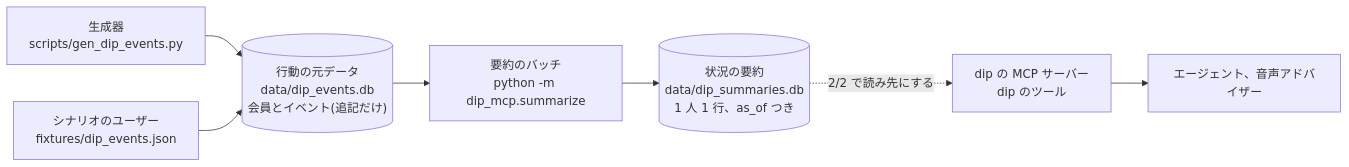
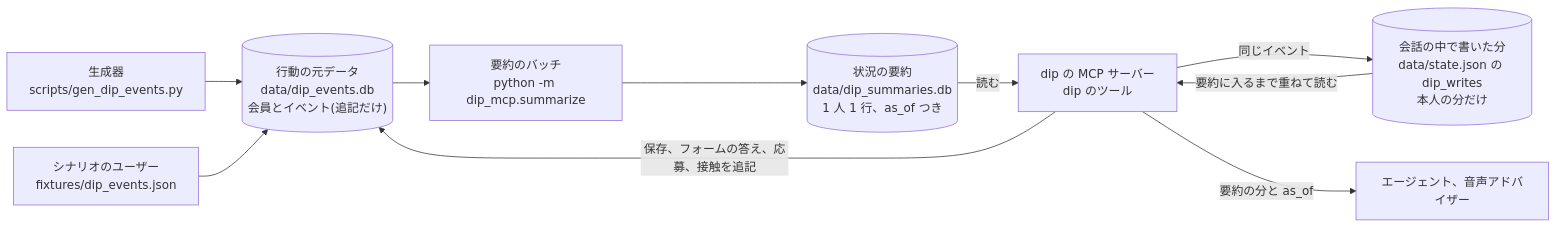
Before and after one commit to jyoka/aica: the ninth of 10 diagrams in docs/architecture/hld.md, drawn with Mermaid. The commit also changed other lines of this file and 27 other files, not shown here.

````diff
--- a/docs/architecture/hld.md
+++ b/docs/architecture/hld.md
@@ -567,17 +572,21 @@
 ```mermaid
 flowchart LR
     gen["生成器<br/>scripts/gen_dip_events.py"]
     sc["シナリオのユーザー<br/>fixtures/dip_events.json"]
     ev[("行動の元データ<br/>data/dip_events.db<br/>会員とイベント(追記だけ)")]
     batch["要約のバッチ<br/>python -m dip_mcp.summarize"]
     sum[("状況の要約<br/>data/dip_summaries.db<br/>1 人 1 行、as_of つき")]
     mcp["dip の MCP サーバー<br/>dip のツール"]
+    writes[("会話の中で書いた分<br/>data/state.json の dip_writes<br/>本人の分だけ")]
     agent["エージェント、音声アドバイザー"]
 
     gen --> ev
     sc --> ev
     ev --> batch
     batch --> sum
-    sum -. "2/2 で読み先にする" .-> mcp
-    mcp --> agent
+    sum -- "読む" --> mcp
+    writes -- "要約に入るまで重ねて読む" --> mcp
+    mcp -- "保存、フォームの答え、応募、接触を追記" --> ev
+    mcp -- "同じイベント" --> writes
+    mcp -- "要約の分と as_of" --> agent
 ```
````
